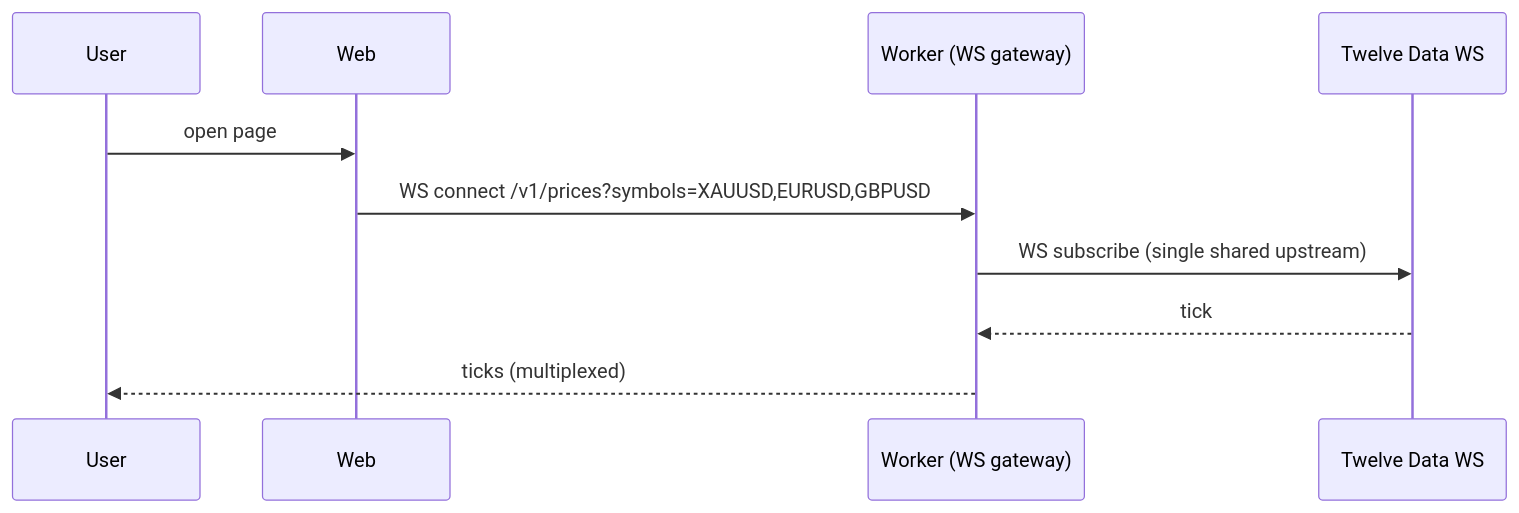
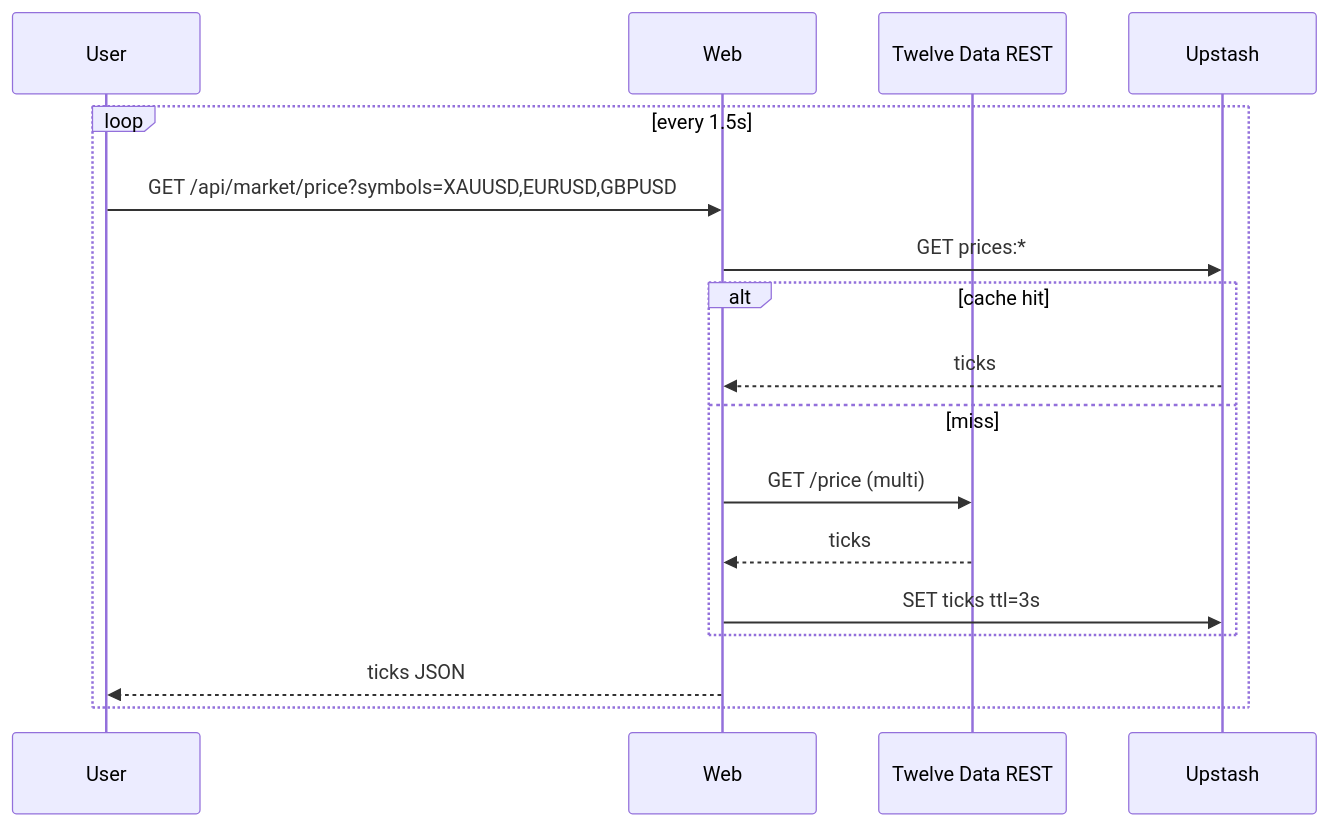
One commit to HamaFx/HamaFX-Ai changed the third of 5 diagrams in docs/01-architecture.md. Above: the diagram before and after it, drawn with Mermaid. The commit also changed other lines of this file and 17 other files, not shown here.

````diff
--- a/docs/01-architecture.md
+++ b/docs/01-architecture.md
@@ -113,13 +102,20 @@
 ```mermaid
 sequenceDiagram
     participant U as User
     participant W as Web
-    participant K as Worker (WS gateway)
-    participant TD as Twelve Data WS
+    participant TD as Twelve Data REST
+    participant UP as Upstash
 
-    U->>W: open page
-    W->>K: WS connect /v1/prices?symbols=XAUUSD,EURUSD,GBPUSD
-    K->>TD: WS subscribe (single shared upstream)
-    TD-->>K: tick
-    K-->>U: ticks (multiplexed)
+    loop every 1.5s
+      U->>W: GET /api/market/price?symbols=XAUUSD,EURUSD,GBPUSD
+      W->>UP: GET prices:*
+      alt cache hit
+        UP-->>W: ticks
+      else miss
+        W->>TD: GET /price (multi)
+        TD-->>W: ticks
+        W->>UP: SET ticks ttl=3s
+      end
+      W-->>U: ticks JSON
+    end
 ```
````
